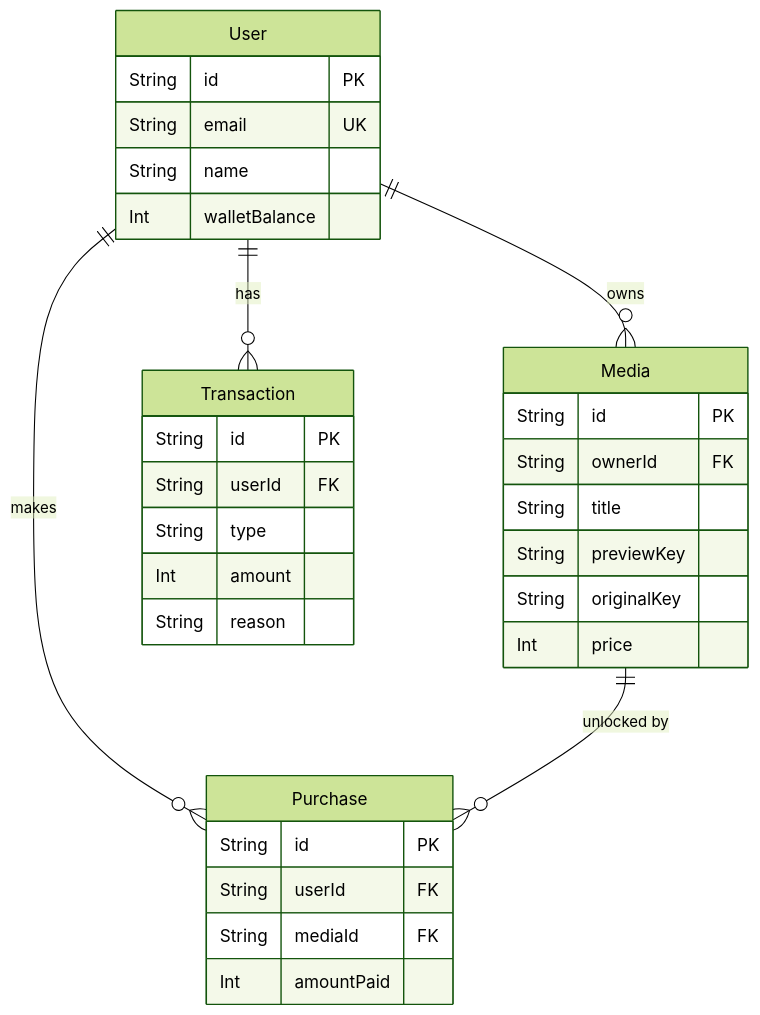
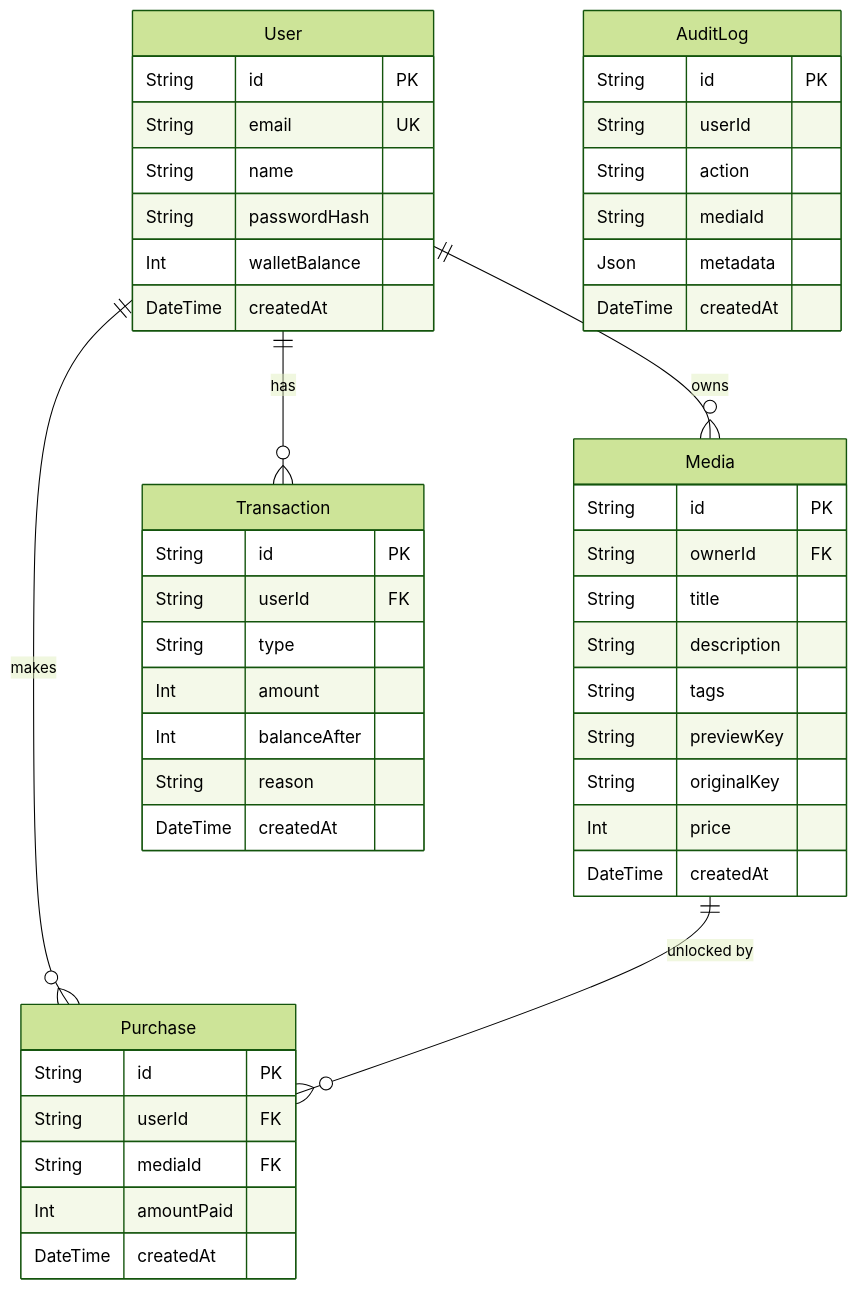
The second of 2 diagrams in README.md (talibuilds/FAZE), drawn with Mermaid (forest theme) before and after one commit. The commit also changed other lines of this file, not shown here.

````diff
--- a/README.md
+++ b/README.md
@@ -103,38 +182,55 @@
 ```mermaid
 erDiagram
     User ||--o{ Media : "owns"
     User ||--o{ Purchase : "makes"
     User ||--o{ Transaction : "has"
     Media ||--o{ Purchase : "unlocked by"
 
     User {
         String id PK
         String email UK
         String name
+        String passwordHash
         Int walletBalance
+        DateTime createdAt
     }
     
     Media {
         String id PK
         String ownerId FK
         String title
+        String description
+        String tags
         String previewKey
         String originalKey
         Int price
+        DateTime createdAt
     }
     
     Purchase {
         String id PK
         String userId FK
         String mediaId FK
         Int amountPaid
+        DateTime createdAt
     }
     
     Transaction {
         String id PK
         String userId FK
         String type
         Int amount
+        Int balanceAfter
         String reason
+        DateTime createdAt
+    }
+    
+    AuditLog {
+        String id PK
+        String userId
+        String action
+        String mediaId
+        Json metadata
+        DateTime createdAt
     }
 ```
````
